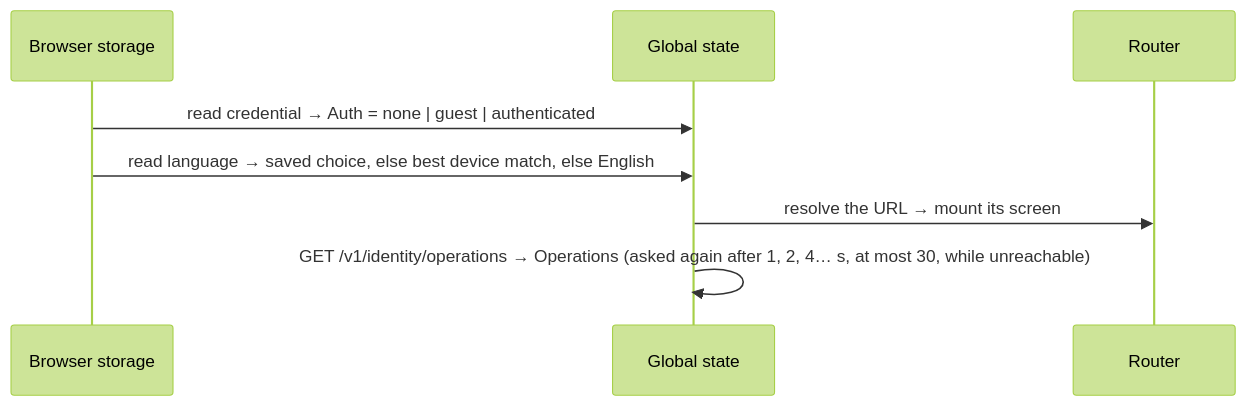
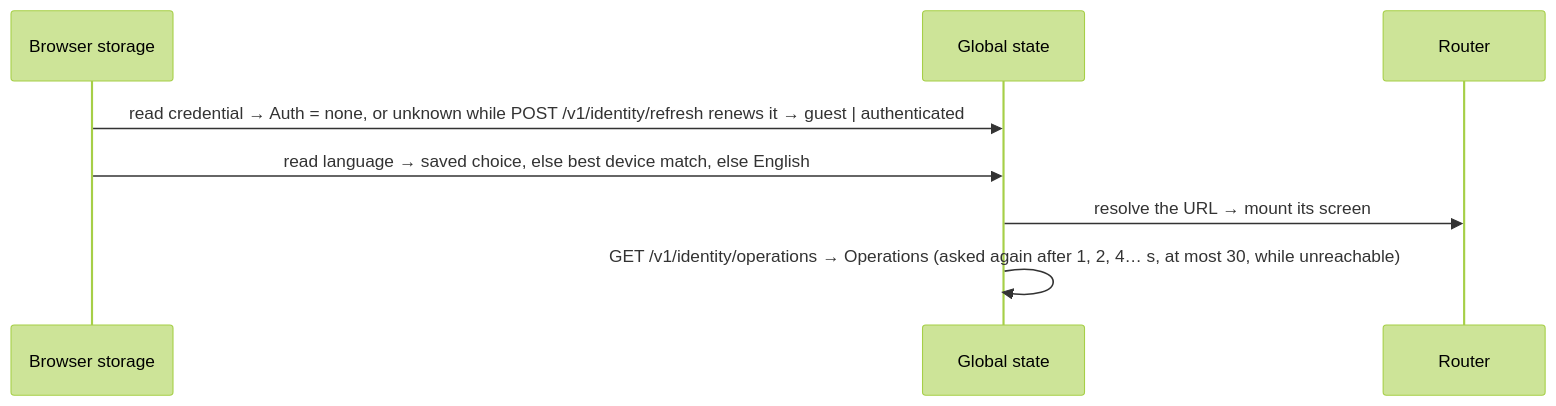
One commit to diegobermudez03/playhoot_frontend changed the first of 4 diagrams in docs/logic/FLOWS.md. Above: the diagram before and after it, drawn with Mermaid (forest theme). The commit also changed other lines of this file and 24 other files, not shown here.

````diff
--- a/docs/logic/FLOWS.md
+++ b/docs/logic/FLOWS.md
@@ -44,10 +46,10 @@
 ```mermaid
 sequenceDiagram
   participant B as Browser storage
   participant G as Global state
   participant R as Router
-  B->>G: read credential → Auth = none | guest | authenticated
+  B->>G: read credential → Auth = none, or unknown while POST /v1/identity/refresh renews it → guest | authenticated
   B->>G: read language → saved choice, else best device match, else English
   G->>R: resolve the URL → mount its screen
   G->>G: GET /v1/identity/operations → Operations (asked again after 1, 2, 4… s, at most 30, while unreachable)
 ```
````
